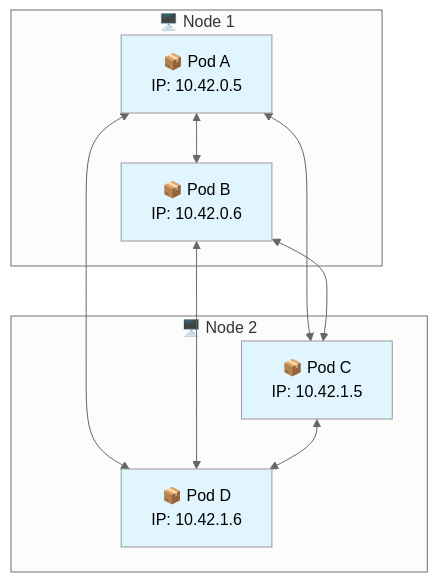
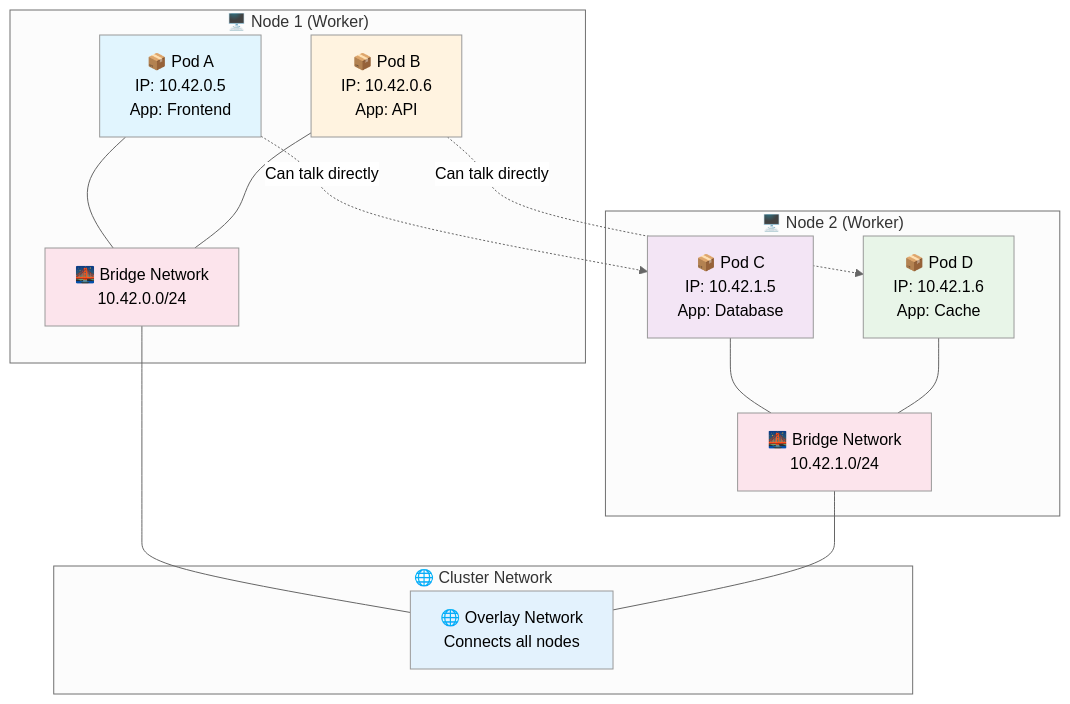
Before and after one commit to manikcloud/cloud-devops-learning-path: the sixth of 26 diagrams in Section-2-DevOps/Session-7_Kubernetes/04-services-networking/README.md, drawn with Mermaid (neutral theme). The commit also changed other lines of this file, not shown here.

````diff
--- a/Section-2-DevOps/Session-7_Kubernetes/04-services-networking/README.md
+++ b/Section-2-DevOps/Session-7_Kubernetes/04-services-networking/README.md
@@ -78,24 +208,36 @@
 ```mermaid
 graph TB
-    subgraph "🖥️ Node 1"
-        POD1[📦 Pod A<br/>IP: 10.42.0.5]
-        POD2[📦 Pod B<br/>IP: 10.42.0.6]
+    subgraph "🖥️ Node 1 (Worker)"
+        POD1[📦 Pod A<br/>IP: 10.42.0.5<br/>App: Frontend]
+        POD2[📦 Pod B<br/>IP: 10.42.0.6<br/>App: API]
+        BRIDGE1[🌉 Bridge Network<br/>10.42.0.0/24]
+        POD1 --- BRIDGE1
+        POD2 --- BRIDGE1
     end
     
-    subgraph "🖥️ Node 2"
-        POD3[📦 Pod C<br/>IP: 10.42.1.5]
-        POD4[📦 Pod D<br/>IP: 10.42.1.6]
+    subgraph "🖥️ Node 2 (Worker)"
+        POD3[📦 Pod C<br/>IP: 10.42.1.5<br/>App: Database]
+        POD4[📦 Pod D<br/>IP: 10.42.1.6<br/>App: Cache]
+        BRIDGE2[🌉 Bridge Network<br/>10.42.1.0/24]
+        POD3 --- BRIDGE2
+        POD4 --- BRIDGE2
     end
     
-    POD1 <--> POD2
-    POD1 <--> POD3
-    POD1 <--> POD4
-    POD2 <--> POD3
-    POD2 <--> POD4
-    POD3 <--> POD4
+    subgraph "🌐 Cluster Network"
+        OVERLAY[🌐 Overlay Network<br/>Connects all nodes]
+    end
+    
+    BRIDGE1 --- OVERLAY
+    BRIDGE2 --- OVERLAY
+    
+    POD1 -.->|Can talk directly| POD3
+    POD2 -.->|Can talk directly| POD4
     
     style POD1 fill:#e1f5fe
-    style POD2 fill:#e1f5fe
-    style POD3 fill:#e1f5fe
-    style POD4 fill:#e1f5fe
+    style POD2 fill:#fff3e0
+    style POD3 fill:#f3e5f5
+    style POD4 fill:#e8f5e8
+    style BRIDGE1 fill:#fce4ec
+    style BRIDGE2 fill:#fce4ec
+    style OVERLAY fill:#e3f2fd
 ```
````
